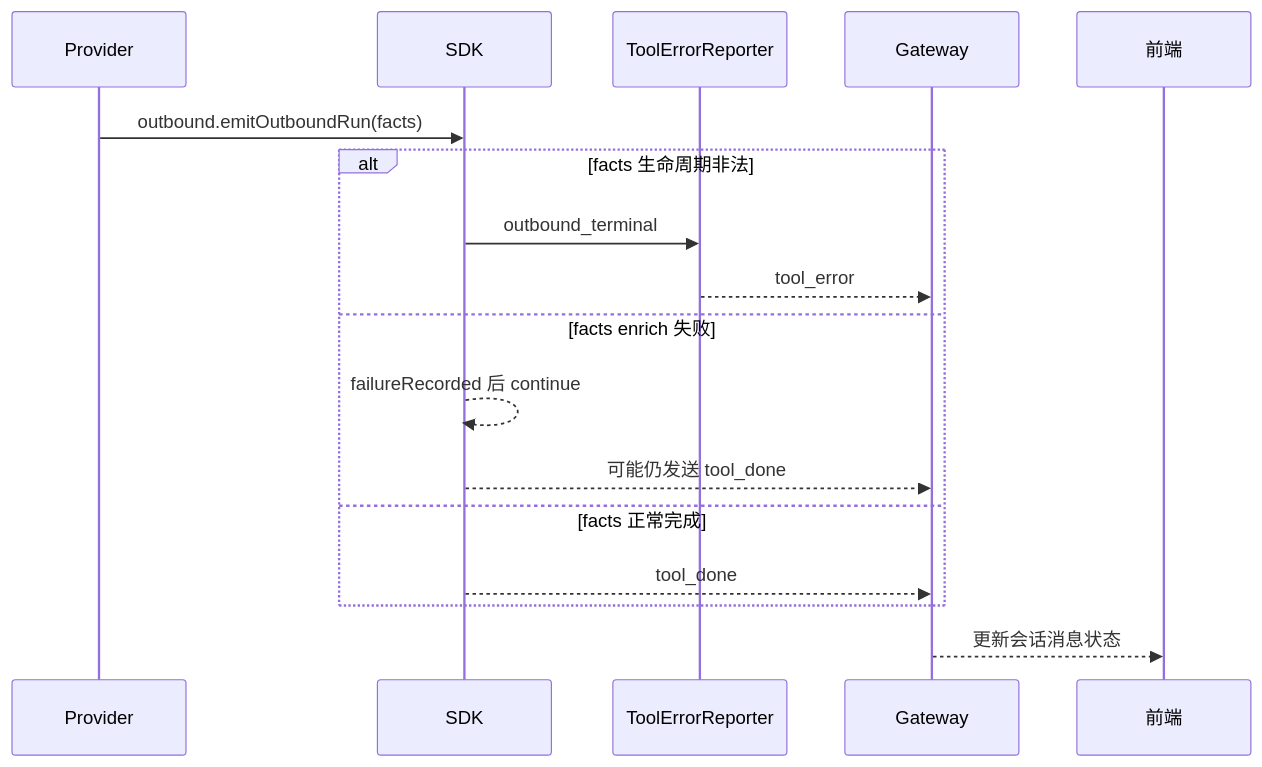
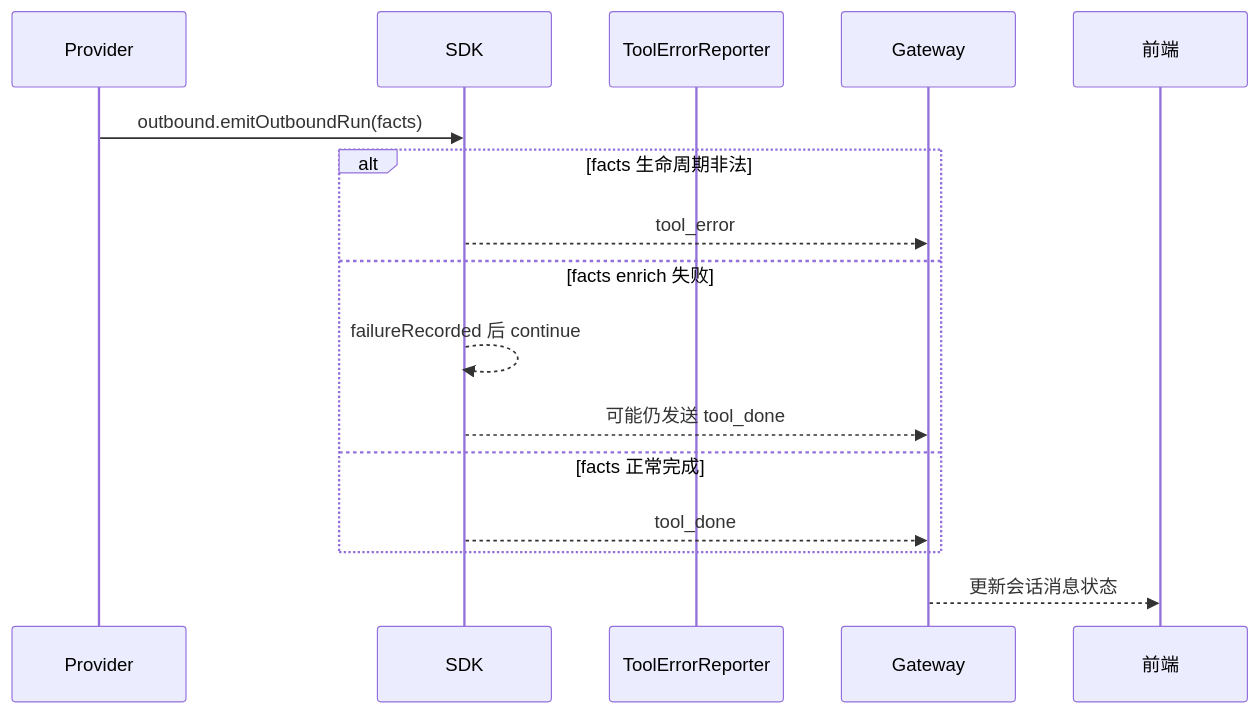
One commit to yuzhangCZ/agent-plugin changed the third of 3 diagrams in docs/design/bridge-runtime-sdk-tool-error-stage-matrix.md. Above: the diagram before and after it, drawn with Mermaid. The commit also changed other lines of this file and 4 other files, not shown here.

Commit message:
chore align terminal tool error stages

````diff
--- a/docs/design/bridge-runtime-sdk-tool-error-stage-matrix.md
+++ b/docs/design/bridge-runtime-sdk-tool-error-stage-matrix.md
@@ -103,20 +101,19 @@
 ```mermaid
 sequenceDiagram
     participant P as Provider
     participant SDK as SDK
     participant TER as ToolErrorReporter
     participant GW as Gateway
     participant FE as 前端
 
     P->>SDK: outbound.emitOutboundRun(facts)
     alt facts 生命周期非法
-        SDK->>TER: outbound_terminal
-        TER-->>GW: tool_error
+        SDK-->>GW: tool_error
     else facts enrich 失败
         SDK-->>SDK: failureRecorded 后 continue
         SDK-->>GW: 可能仍发送 tool_done
     else facts 正常完成
         SDK-->>GW: tool_done
     end
     GW-->>FE: 更新会话消息状态
 ```
````
